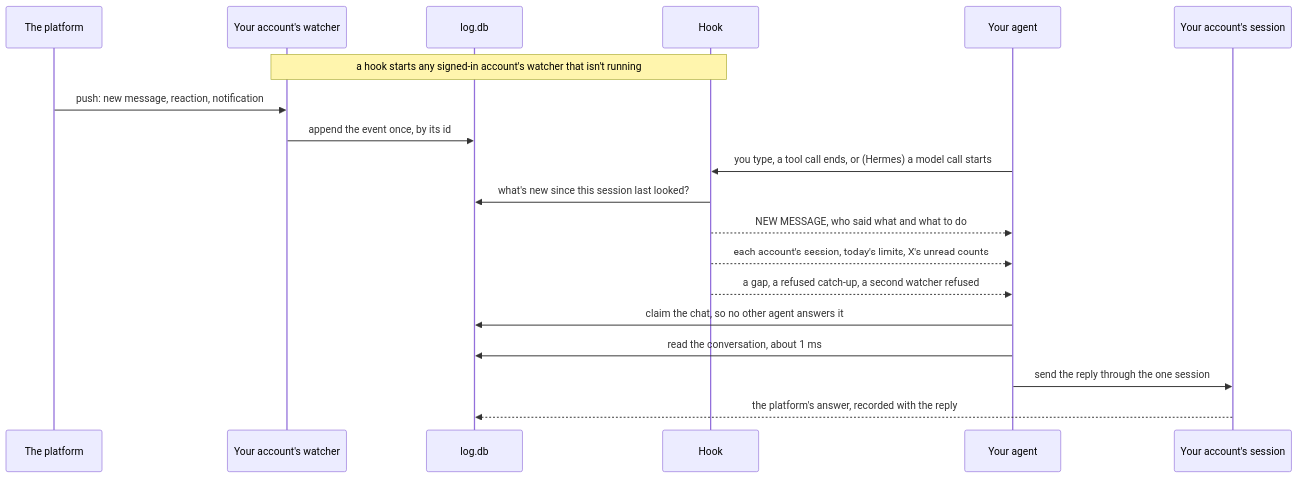
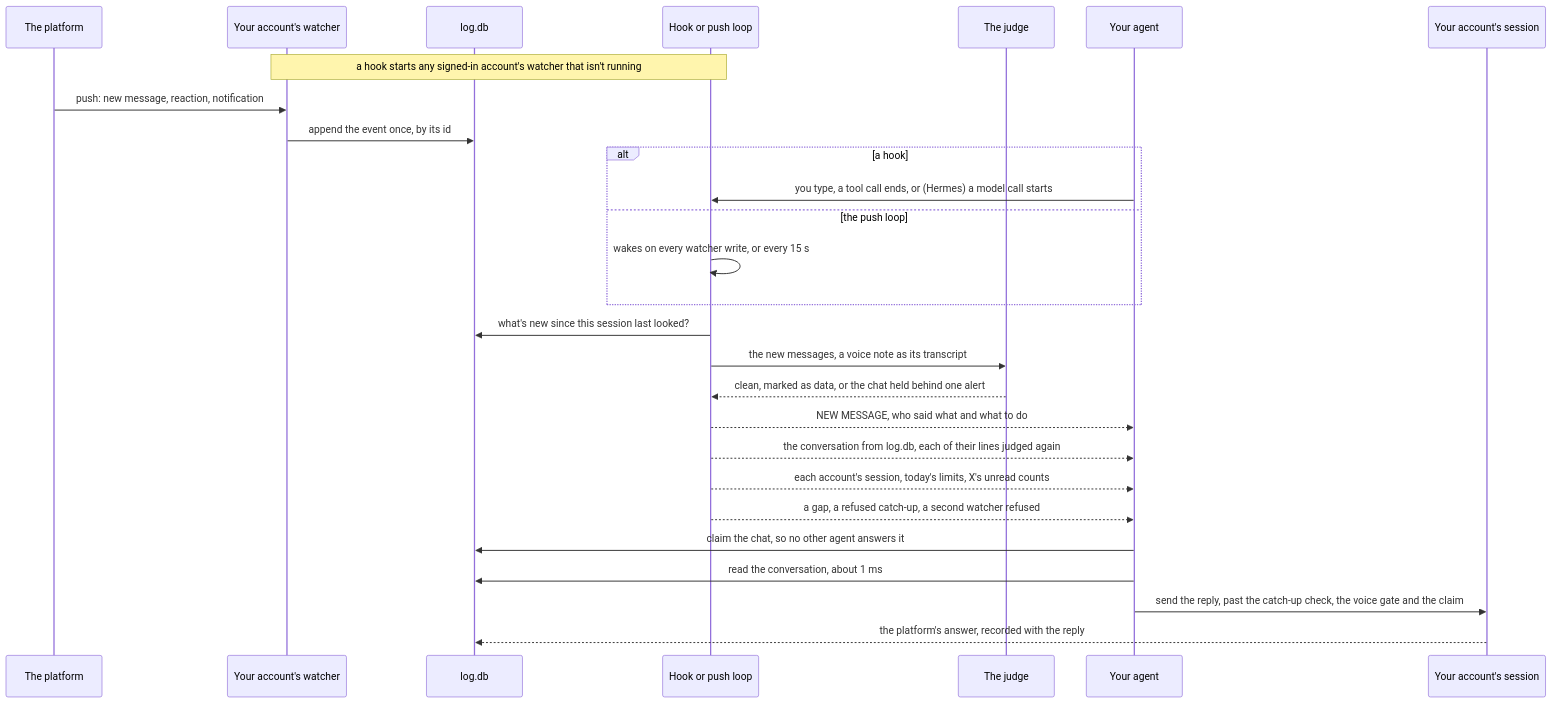
The fourth of 7 diagrams in data/readmes/matthewdonsemail-lab__log.md (zqf20096327/ai_collect), drawn with Mermaid before and after one commit. The commit also changed other lines of this file and 1765 other files, not shown here.

````diff
--- a/data/readmes/matthewdonsemail-lab__log.md
+++ b/data/readmes/matthewdonsemail-lab__log.md
@@ -310,21 +326,29 @@
 ```mermaid
 sequenceDiagram
   participant P as The platform
   participant W as Your account's watcher
   participant DB as log.db
-  participant K as Hook
+  participant K as Hook or push loop
+  participant J as The judge
   participant A as Your agent
   participant S as Your account's session
   Note over K,W: a hook starts any signed-in account's watcher that isn't running
   P->>W: push: new message, reaction, notification
   W->>DB: append the event once, by its id
-  A->>K: you type, a tool call ends, or (Hermes) a model call starts
+  alt a hook
+    A->>K: you type, a tool call ends, or (Hermes) a model call starts
+  else the push loop
+    K->>K: wakes on every watcher write, or every 15 s
+  end
   K->>DB: what's new since this session last looked?
+  K->>J: the new messages, a voice note as its transcript
+  J-->>K: clean, marked as data, or the chat held behind one alert
   K-->>A: NEW MESSAGE, who said what and what to do
+  K-->>A: the conversation from log.db, each of their lines judged again
   K-->>A: each account's session, today's limits, X's unread counts
   K-->>A: a gap, a refused catch-up, a second watcher refused
   A->>DB: claim the chat, so no other agent answers it
   A->>DB: read the conversation, about 1 ms
-  A->>S: send the reply through the one session
+  A->>S: send the reply, past the catch-up check, the voice gate and the claim
   S-->>DB: the platform's answer, recorded with the reply
 ```
````
